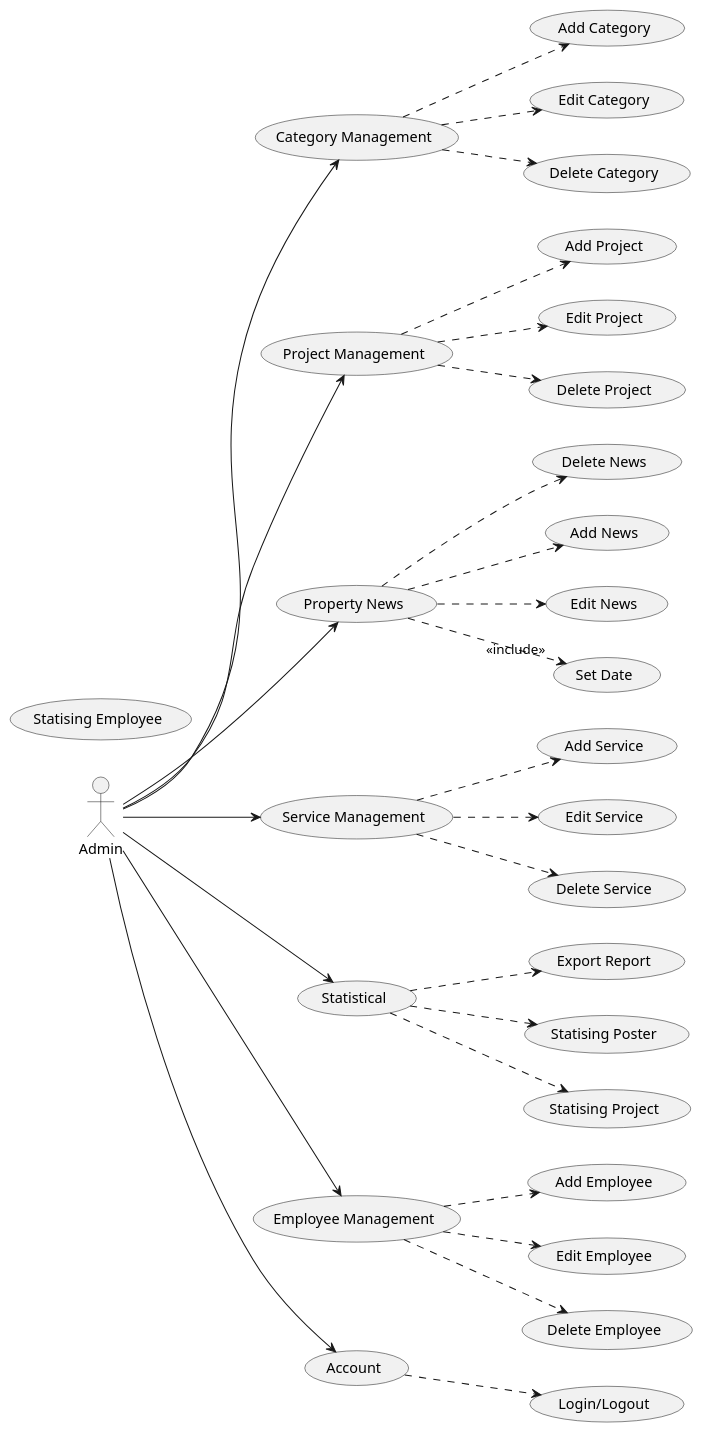
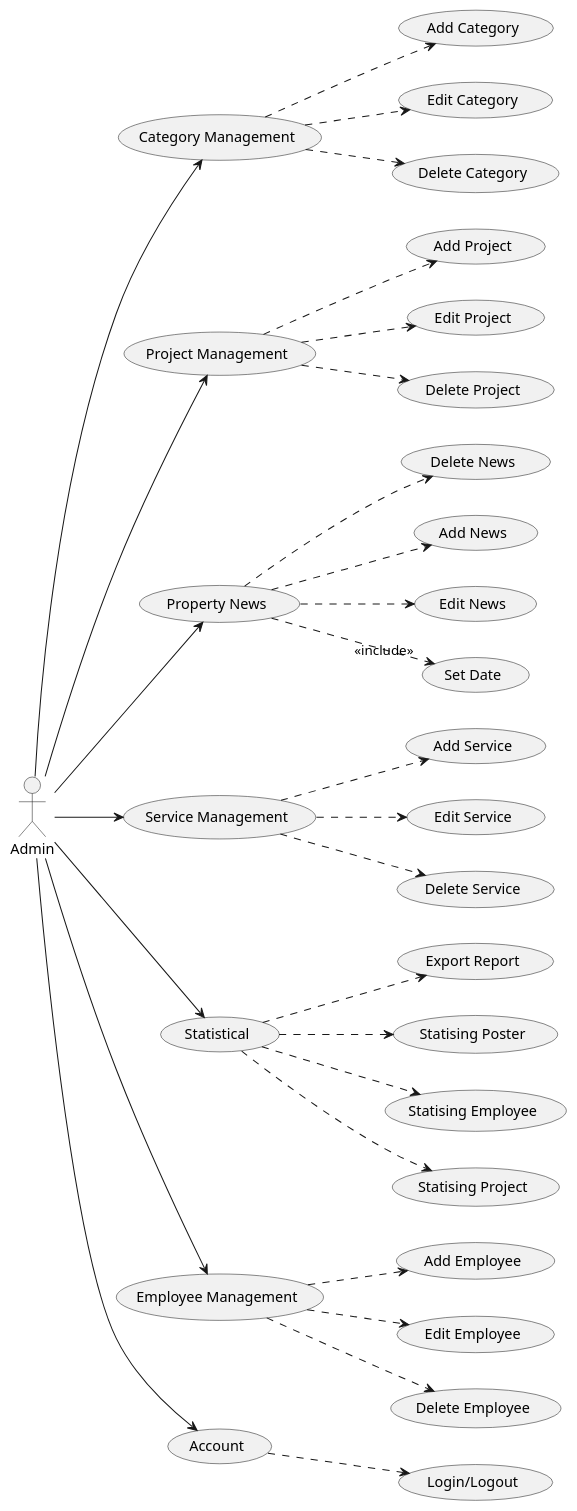
The diagram in Lab1.2/UseCase_Diagram/Usecase_Admin.plantuml (KaLord2231/SE357-Pratice-class), drawn with PlantUML before and after one commit. The commit also changed 1 other file, not shown here.

```diff
--- a/Lab1.2/UseCase_Diagram/Usecase_Admin.plantuml
+++ b/Lab1.2/UseCase_Diagram/Usecase_Admin.plantuml
@@ -1,67 +1,68 @@
 @startuml
 left to right direction
 skinparam style strictuml
  actor Admin as Ad/'Quản lý'/
  usecase "Category Management" as UCCate /'QL Danh mục'/
  usecase "Project Management" as UCPro /'QLDA BDS'/ 
  usecase "Property News" as UCNew /'Đăng tin'/
  usecase "Service Management" as UCSeM /'Quản lý dịch vụ'/
  usecase "Statistical" as UCSta /'Xem thống kê'/ 
  usecase "Employee Management" as UCEM
  usecase "Account" as UCAcc
  Ad-->(UCAcc)
  Ad-->(UCCate)
  Ad-->(UCPro)    
  Ad-->(UCSta)
  Ad-->(UCNew)
  Ad-->(UCSeM)
  Ad-->(UCEM)
  usecase "Add Category" as UCAdCate
  usecase "Edit Category" as UCEdCate
  usecase "Delete Category" as UCDeCate
  (UCCate)..>(UCAdCate)
  (UCCate)..>(UCEdCate)
  (UCCate)..>(UCDeCate)
 
  usecase "Add Project" as UCAdPro
  usecase "Edit Project" as UCEdPro
  usecase "Delete Project" as UCDePro
  (UCPro)..>(UCAdPro)
  (UCPro)..>(UCEdPro)
  (UCPro)..>(UCDePro) 
  usecase "Delete News" as UcDeNews
 
  usecase "Add News" as UcAdNews
  usecase "Edit News" as UcEdNews
  usecase "Set Date"as UCSetDate /'Lên lịch đăng tin'/
  (UCNew)..>"<<include>>"(UCSetDate)
  (UCNew)..>(UcAdNews)
  (UCNew)..>(UcEdNews)
  (UCNew)..>(UcDeNews)
  usecase "Add Service" as UcAdSer
  usecase "Edit Service" as UcEdSer
  usecase "Delete Service" as UcDeSer
  (UCSeM)..> (UcAdSer)
  (UCSeM)..> (UcEdSer)
  (UCSeM)..> (UcDeSer)
  '/Thống kê'/
  usecase "Export Report" as UCExRp
  usecase "Statising Poster" as UCStP/'Thống kê tin đăng'/
  usecase "Statising Employee" as UCStEmp/'Thống kê nhân viên'/
  usecase "Statising Project" as UCStPro/'Thống kê dự án'/
 
  (UCSta)..>(UCExRp)
  (UCSta)..>(UCStP)
  (UCSta)..>(UCStPro)
+ (UCSta)..>(UCStEmp)
 usecase "Add Employee" as UcAE
 usecase "Edit Employee" as UcEdE
 usecase "Delete Employee"as UCDeE
 (UCEM)..>(UcAE)
 (UCEM)..>(UcEdE)
 (UCEM)..>(UCDeE)
 
 usecase "Login/Logout" as UCLog
 
 (UCAcc)..>(UCLog)
 
 @enduml
```
